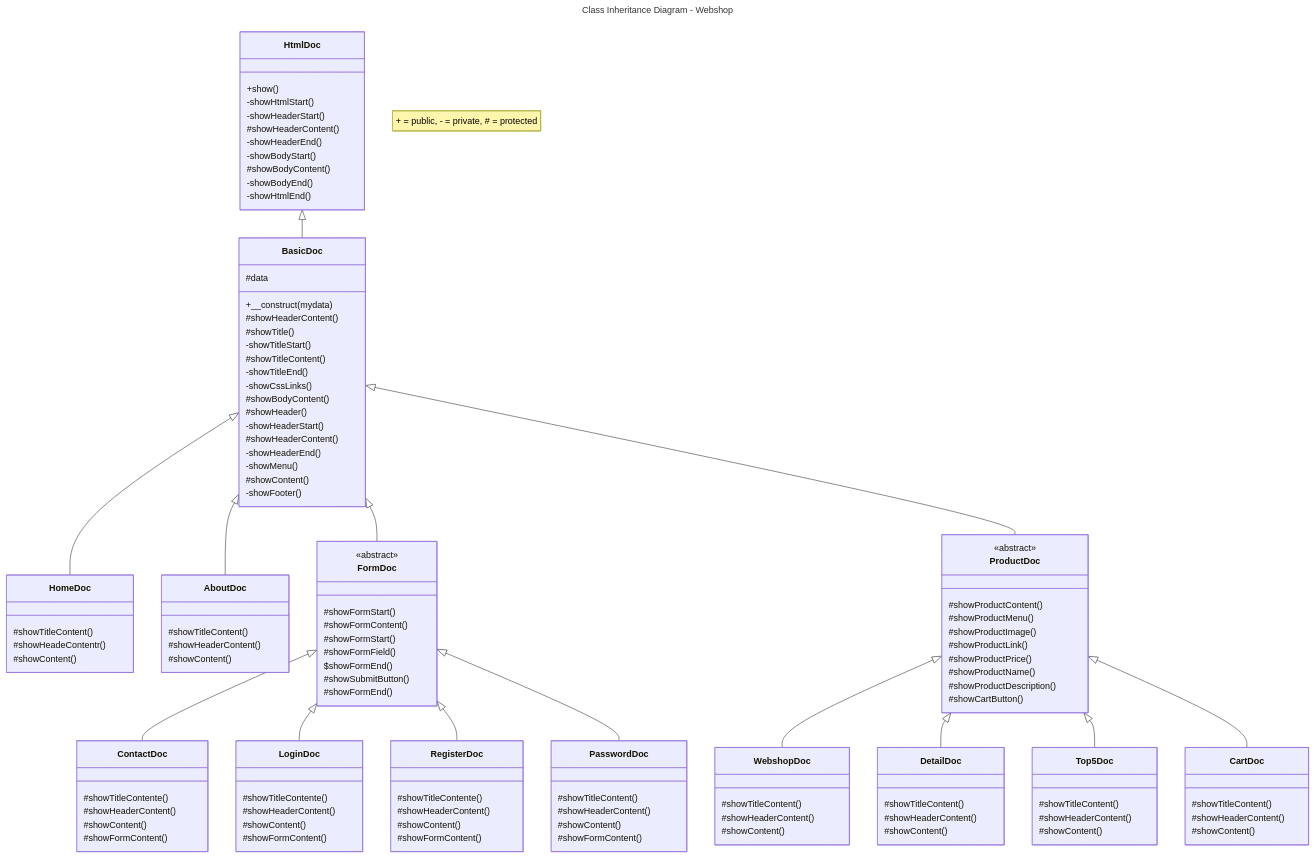
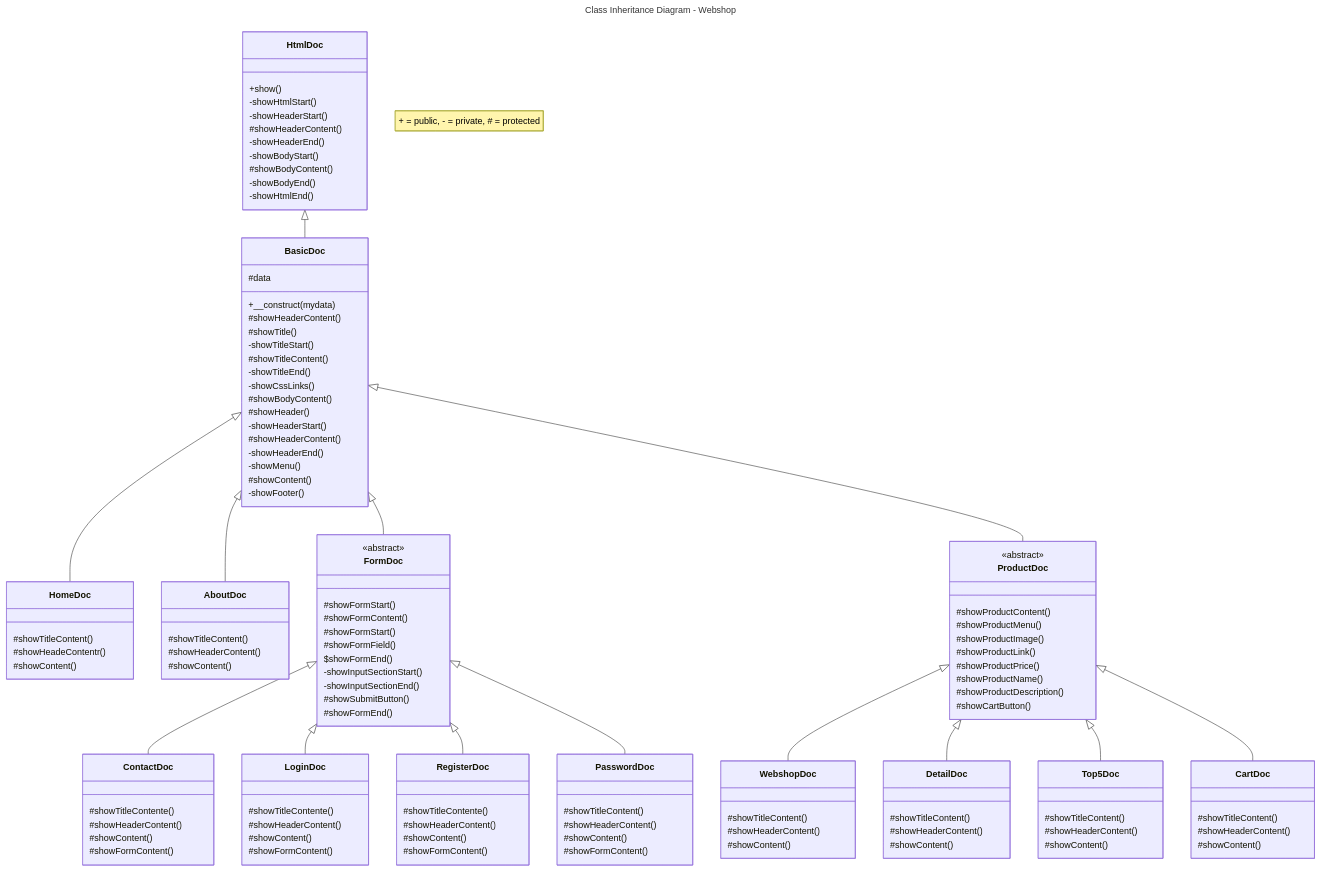
Before and after one commit to JeroenHeemskerk/educom-webshop-oop-1708595373: the diagram in Diagrams/class-inheritance-diagram-webshop.md, drawn with Mermaid.

```diff
--- a/Diagrams/class-inheritance-diagram-webshop.md
+++ b/Diagrams/class-inheritance-diagram-webshop.md
@@ -68,6 +68,8 @@
         #showFormStart()
         #showFormField()
         $showFormEnd()
+        -showInputSectionStart()
+        -showInputSectionEnd()
         #showSubmitButton()
         #showFormEnd()
     }
```
